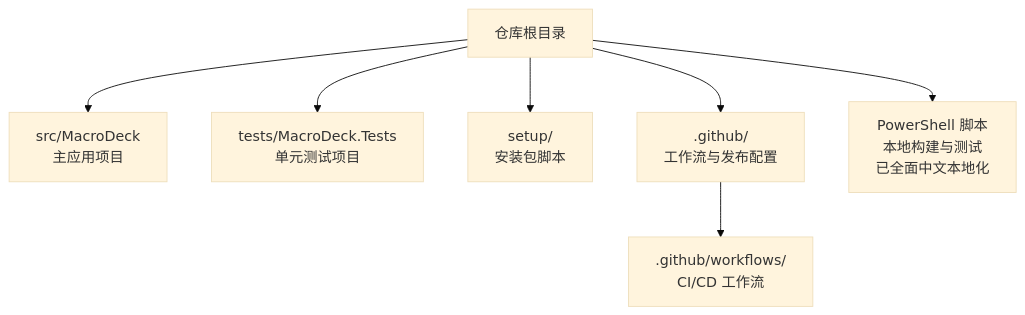
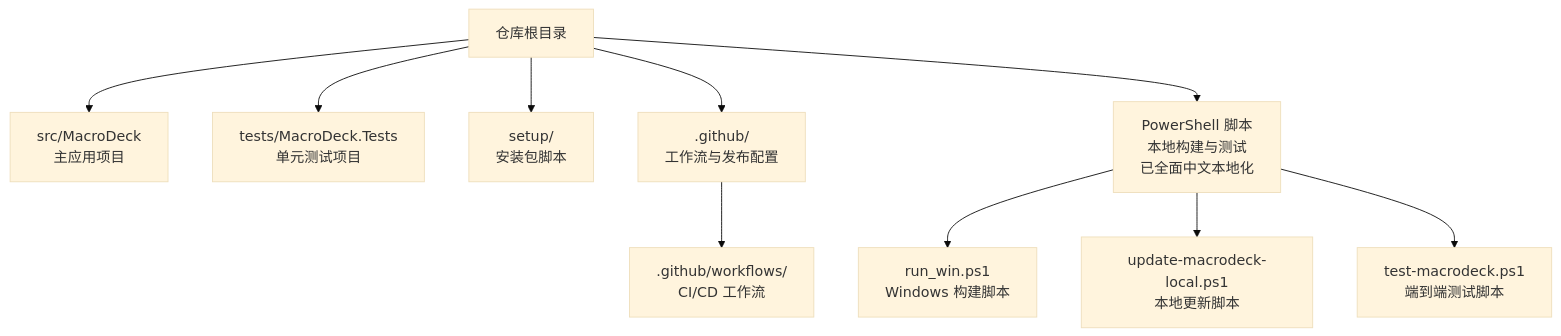
Before and after one commit to tea4go/Macro-Deck: the first of 5 diagrams in .qoder/repowiki/zh/content/开发者指南/开发者指南.md, drawn with Mermaid (base theme). The commit also changed other lines of this file and 42 other files, not shown here.

````diff
--- a/.qoder/repowiki/zh/content/开发者指南/开发者指南.md
+++ b/.qoder/repowiki/zh/content/开发者指南/开发者指南.md
@@ -59,16 +61,22 @@
 ```mermaid
 graph TB
 Root["仓库根目录"]
 Src["src/MacroDeck<br/>主应用项目"]
 Tests["tests/MacroDeck.Tests<br/>单元测试项目"]
 Setup["setup/<br/>安装包脚本"]
 GH[".github/<br/>工作流与发布配置"]
 PS["PowerShell 脚本<br/>本地构建与测试<br/>已全面中文本地化"]
+RunWin["run_win.ps1<br/>Windows 构建脚本"]
+UpdateLocal["update-macrodeck-local.ps1<br/>本地更新脚本"]
+TestScript["test-macrodeck.ps1<br/>端到端测试脚本"]
 GHWF[".github/workflows/<br/>CI/CD 工作流"]
 Root --> Src
 Root --> Tests
 Root --> Setup
 Root --> GH
 Root --> PS
+PS --> RunWin
+PS --> UpdateLocal
+PS --> TestScript
 GH --> GHWF
 ```
````
